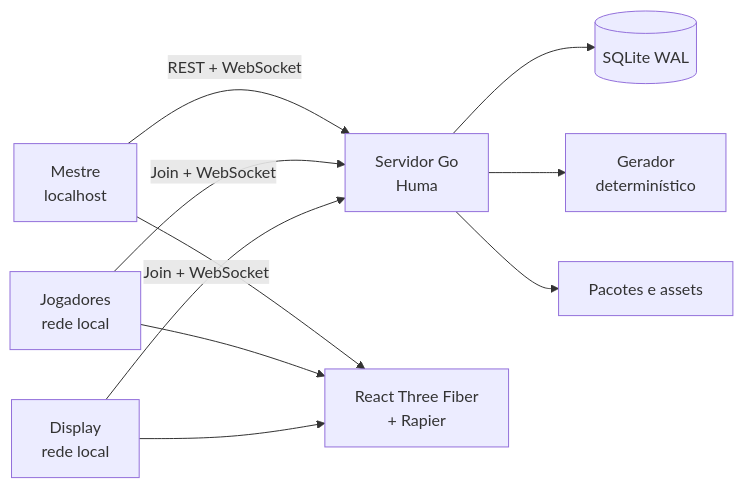
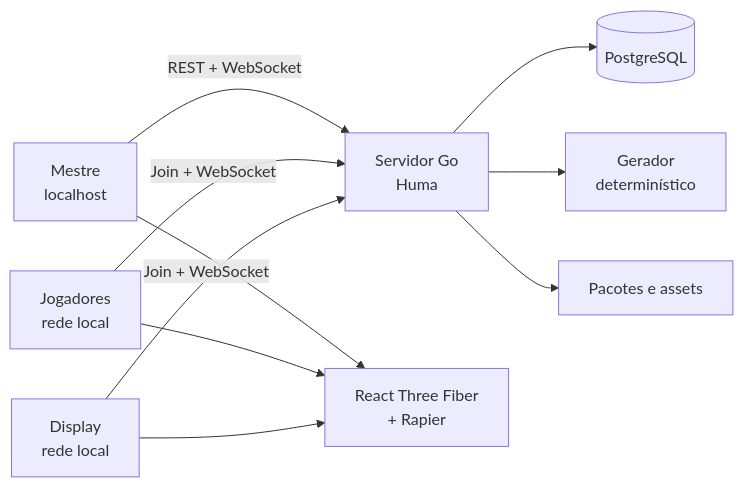
One commit to EmanuelSena101/DDivination changed the diagram in README.md. Above: the diagram before and after it, drawn with Mermaid. The commit also changed other lines of this file and 131 other files, not shown here.

First line of the commit message:
Batch 12: PostgreSQL e durabilidade das mesas (#56)

````diff
--- a/README.md
+++ b/README.md
@@ -308,12 +329,12 @@
 ```mermaid
 flowchart LR
   GM["Mestre<br/>localhost"] -->|REST + WebSocket| Go["Servidor Go<br/>Huma"]
   Player["Jogadores<br/>rede local"] -->|Join + WebSocket| Go
   Display["Display<br/>rede local"] -->|Join + WebSocket| Go
-  Go --> DB[("SQLite WAL")]
+  Go --> DB[("PostgreSQL")]
   Go --> Generator["Gerador<br/>determinístico"]
   Go --> Packages["Pacotes e assets"]
   GM --> Scene["React Three Fiber<br/>+ Rapier"]
   Player --> Scene
   Display --> Scene
 ```
````
